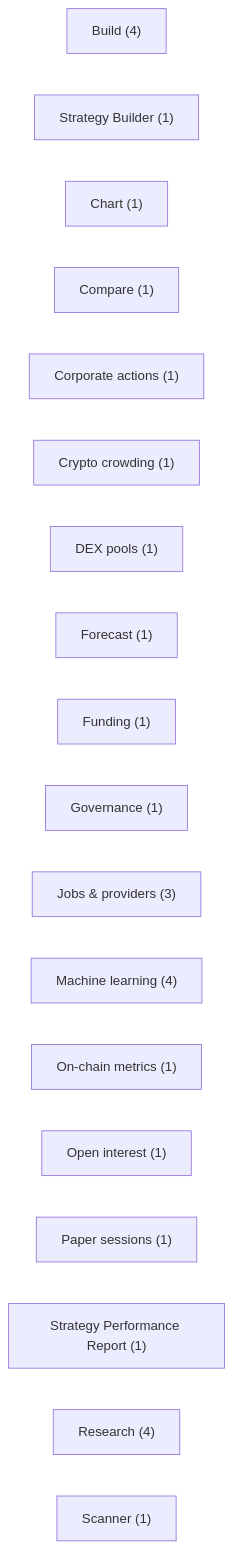
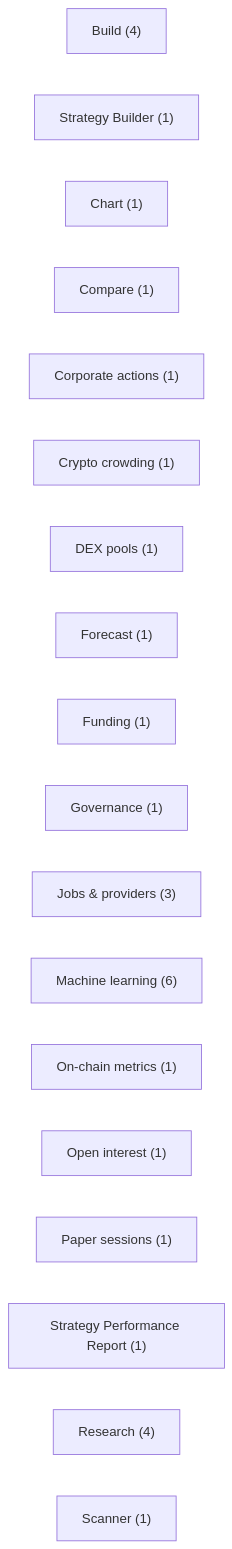
One commit to tradingsystem1880-eng/Project-ALPHA changed the diagram in docs/atlas/frontend-flow.md. Above: the diagram before and after it, drawn with Mermaid. The commit also changed other lines of this file and 72 other files, not shown here.

````diff
--- a/docs/atlas/frontend-flow.md
+++ b/docs/atlas/frontend-flow.md
@@ -8,21 +8,21 @@
 ```mermaid
 flowchart LR
     n0["Build (4)"]
     n1["Strategy Builder (1)"]
     n2["Chart (1)"]
     n3["Compare (1)"]
     n4["Corporate actions (1)"]
     n5["Crypto crowding (1)"]
     n6["DEX pools (1)"]
     n7["Forecast (1)"]
     n8["Funding (1)"]
     n9["Governance (1)"]
     n10["Jobs & providers (3)"]
-    n11["Machine learning (4)"]
+    n11["Machine learning (6)"]
     n12["On-chain metrics (1)"]
     n13["Open interest (1)"]
     n14["Paper sessions (1)"]
     n15["Strategy Performance Report (1)"]
     n16["Research (4)"]
     n17["Scanner (1)"]
 ```
````
